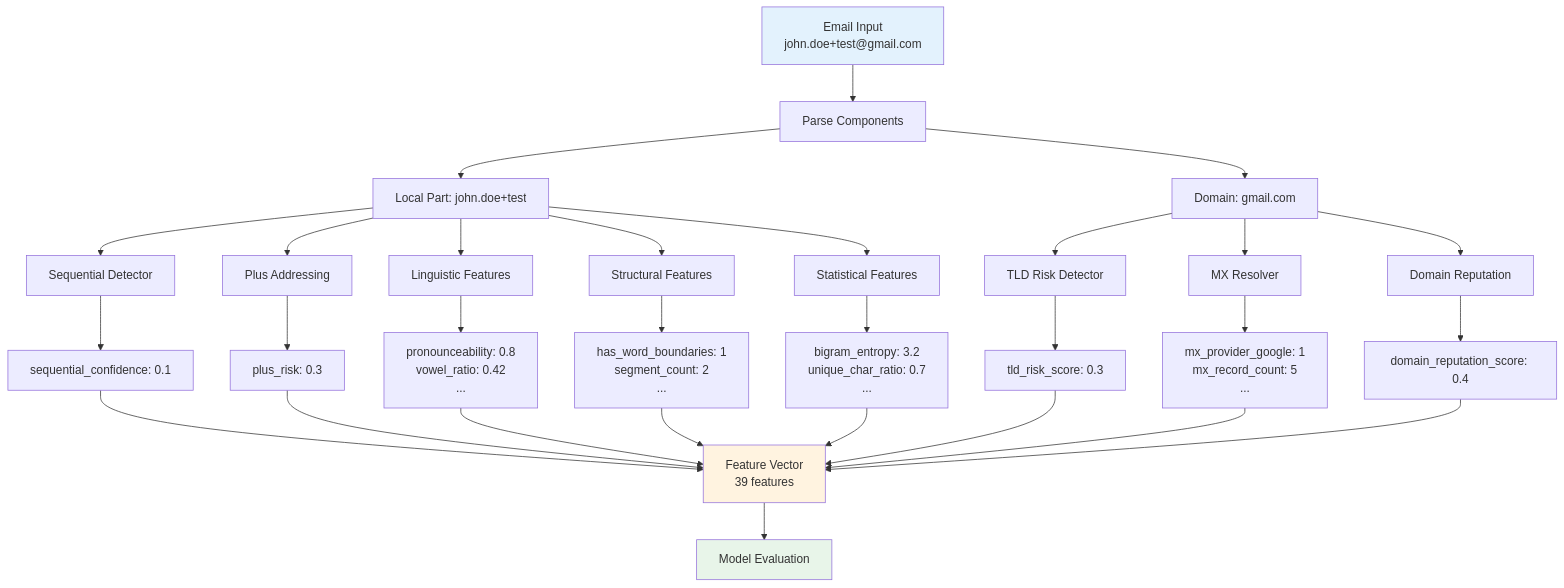
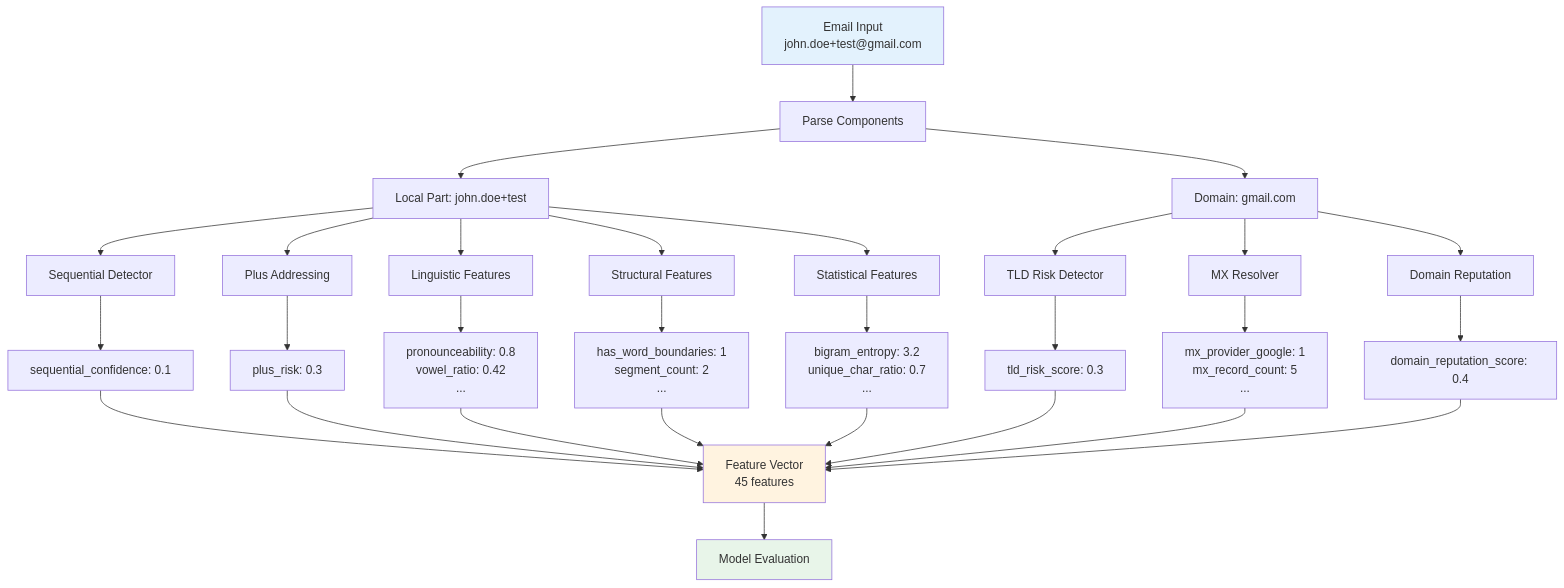
Before and after one commit to erfianugrah/markov-mail: the fifth of 7 diagrams in docs/ARCHITECTURE.md, drawn with Mermaid. The commit also changed other lines of this file and 21 other files, not shown here.

````diff
--- a/docs/ARCHITECTURE.md
+++ b/docs/ARCHITECTURE.md
@@ -246,42 +246,42 @@
 ```mermaid
 graph TD
     A[Email Input<br/>john.doe+test@gmail.com] --> B[Parse Components]
 
     B --> C[Local Part: john.doe+test]
     B --> D[Domain: gmail.com]
 
     C --> E[Sequential Detector]
     C --> F[Plus Addressing]
     C --> G[Linguistic Features]
     C --> H[Structural Features]
     C --> I[Statistical Features]
 
     E --> J[sequential_confidence: 0.1]
     F --> K[plus_risk: 0.3]
     G --> L[pronounceability: 0.8<br/>vowel_ratio: 0.42<br/>...]
     H --> M[has_word_boundaries: 1<br/>segment_count: 2<br/>...]
     I --> N[bigram_entropy: 3.2<br/>unique_char_ratio: 0.7<br/>...]
 
     D --> O[TLD Risk Detector]
     D --> P[MX Resolver]
     D --> Q[Domain Reputation]
 
     O --> R[tld_risk_score: 0.3]
     P --> S[mx_provider_google: 1<br/>mx_record_count: 5<br/>...]
     Q --> T[domain_reputation_score: 0.4]
 
-    J --> U[Feature Vector<br/>39 features]
+    J --> U[Feature Vector<br/>45 features]
     K --> U
     L --> U
     M --> U
     N --> U
     R --> U
     S --> U
     T --> U
 
     U --> V[Model Evaluation]
 
     style A fill:#e3f2fd
     style U fill:#fff3e0
     style V fill:#e8f5e9
 ```
````
